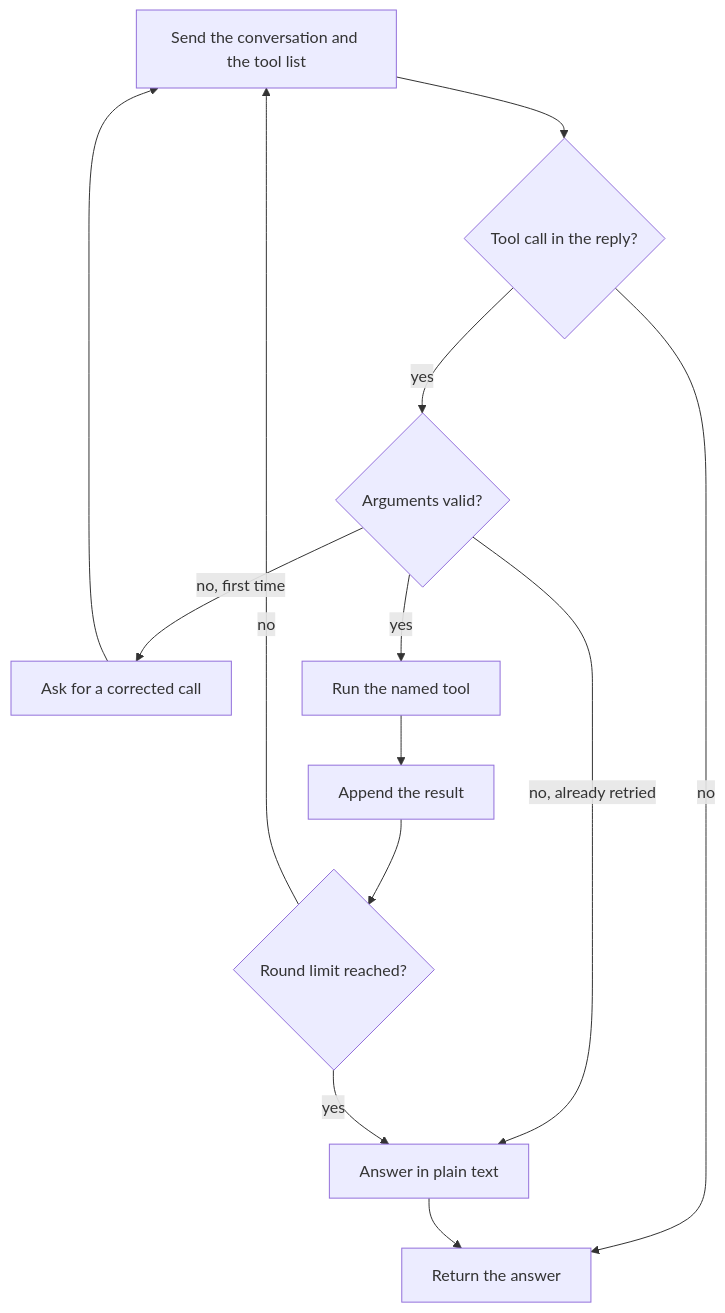
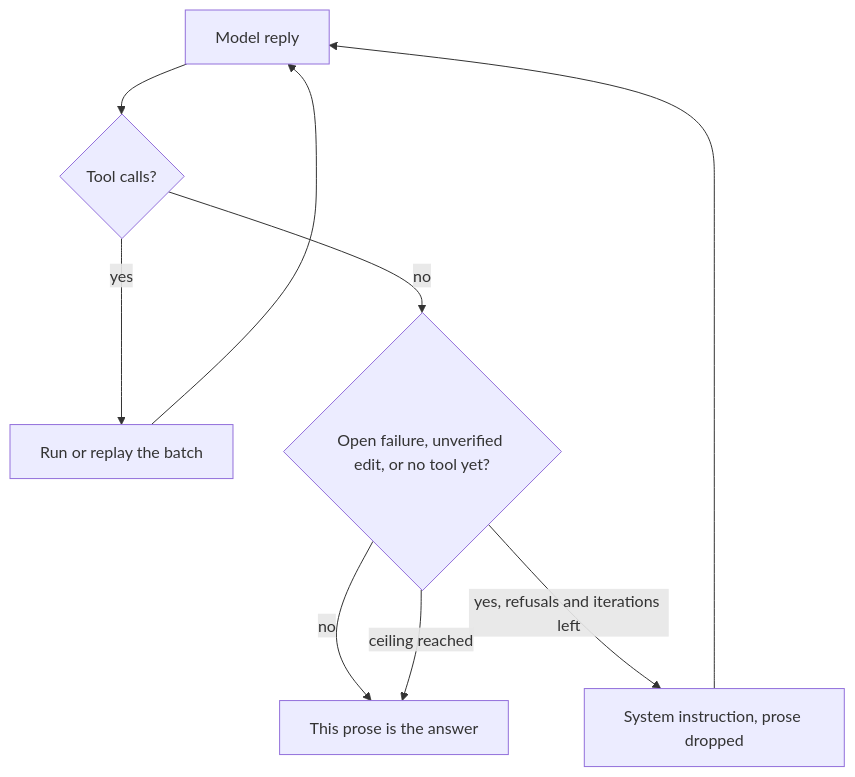
The diagram in docs/concepts/tool-calling.md (SPluszkiewicz/pumba), drawn with Mermaid before and after one commit. The commit also changed other lines of this file and 197 other files, not shown here.

````diff
--- a/docs/concepts/tool-calling.md
+++ b/docs/concepts/tool-calling.md
@@ -45,15 +143,11 @@
 ```mermaid
 flowchart TD
-  send["Send the conversation and the tool list"] --> calls{"Tool call in the reply?"}
-  calls -->|no| done["Return the answer"]
-  calls -->|yes| valid{"Arguments valid?"}
-  valid -->|no, first time| fix["Ask for a corrected call"]
-  fix --> send
-  valid -->|no, already retried| plain["Answer in plain text"]
-  plain --> done
-  valid -->|yes| run["Run the named tool"]
-  run --> append["Append the result"]
-  append --> limit{"Round limit reached?"}
-  limit -->|no| send
-  limit -->|yes| plain
+  reply["Model reply"] --> calls{"Tool calls?"}
+  calls -->|yes| run["Run or replay the batch"]
+  run --> reply
+  calls -->|no| open{"Open failure, unverified edit, or no tool yet?"}
+  open -->|no| done["This prose is the answer"]
+  open -->|yes, refusals and iterations left| nudge["System instruction, prose dropped"]
+  nudge --> reply
+  open -->|ceiling reached| done
 ```
````
